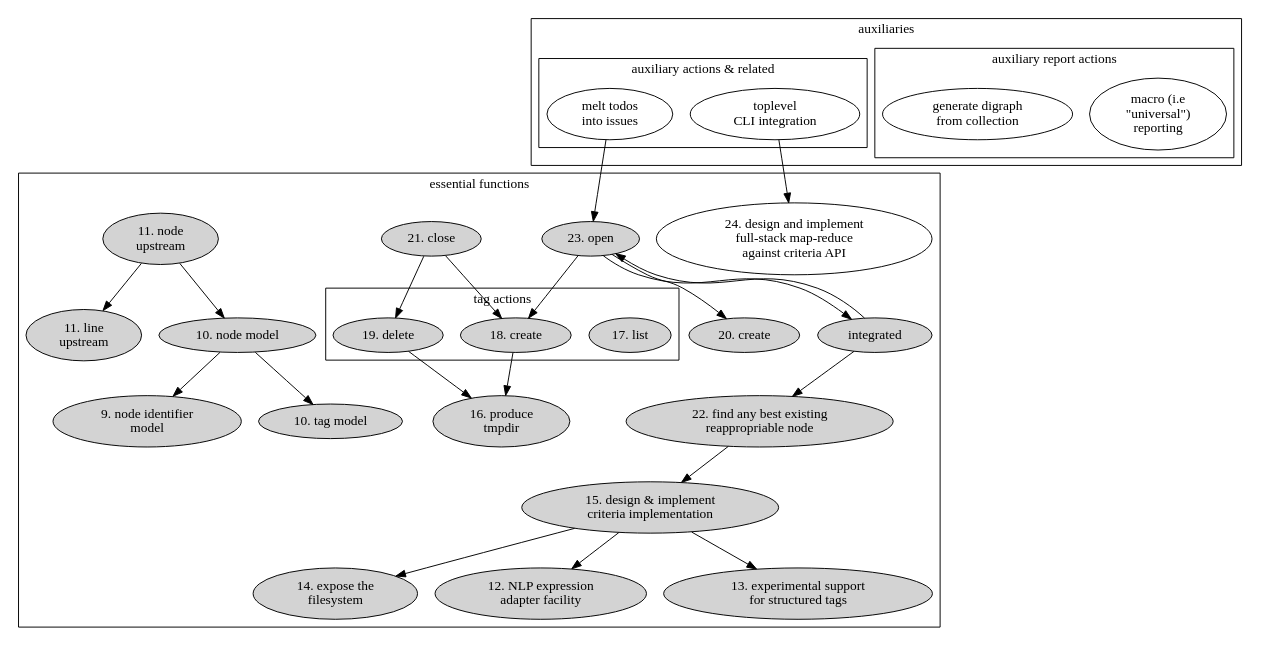
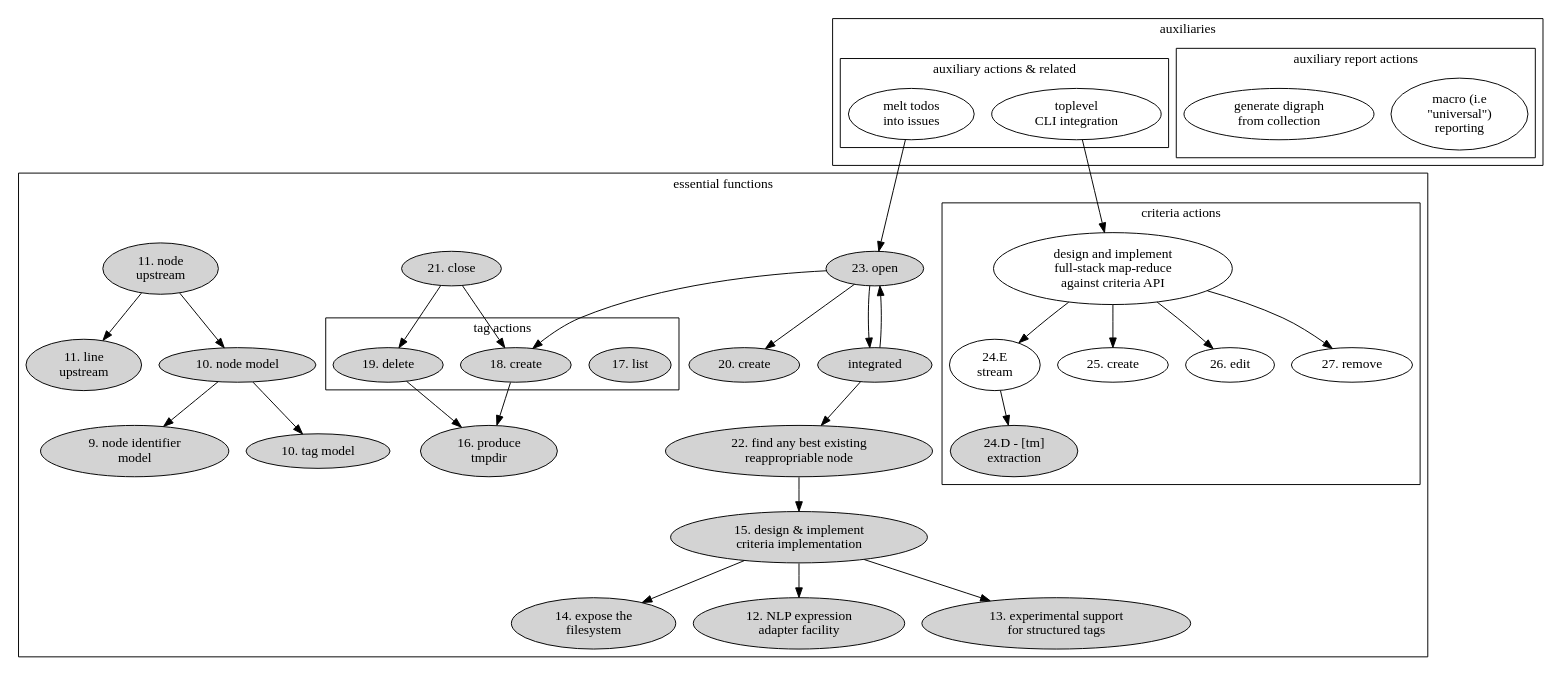
One commit to hipe/tmx changed the diagram in lib/skylab/snag/doc/issues/038/component-digraph.dot. Above: the diagram before and after it, drawn with Graphviz. The commit also changed 9 other files, not shown here.

```diff
--- a/lib/skylab/snag/doc/issues/038/component-digraph.dot
+++ b/lib/skylab/snag/doc/issues/038/component-digraph.dot
@@ -1,80 +1,100 @@
 digraph {
 
 subgraph cluster_main {
 
   label="essential functions"
 
   subgraph cluster_tag_actions {
     label="tag actions"
     tl [label="17. list" style=filled]
     ta [label="18. create" style=filled]
     tr [label="19. delete" style=filled]
   }
 
-  mr [label="24. design and implement\nfull-stack map-reduce\nagainst criteria API"]
+  mr [label="design and implement\nfull-stack map-reduce\nagainst criteria API"]
+
+  subgraph cluster_criteria_actions {
+
+    label="criteria actions"
+
+    mr_abs [label="24.D - [tm]\nextraction" style=filled]
+
+    mr_s [label="24.E\nstream"]
+    mr_s->mr_abs
+    mr->mr_s
+
+    mr_c [label="25. create"]
+    mr->mr_c
+
+    mr_e [label="26. edit"]
+    mr->mr_e
+
+    mr_r [label="27. remove"]
+    mr->mr_r
+  }
 
   aa [label="23. open" style=filled]
   ca [label="21. close" style=filled]
   de [label="15. design & implement\ncriteria implementation" style=filled]
   FS [label="14. expose the\nfilesystem" style=filled]
   line_upstream [label="11. line\nupstream" style=filled]
   NLP_experiment [label="12. NLP expression\nadapter facility" style=filled]
   node_identifier_model [label="9. node identifier\nmodel" style=filled]
   node_model [label="10. node model" style=filled]
   node_upstream [label="11. node\nupstream" style=filled]
   oaa [label="20. create" style=filled]
   rea [label="integrated" style=filled]
   rea_actor [label="22. find any best existing\nreappropriable node", style=filled]
   stru [label="13. experimental support\nfor structured tags" style=filled]
   tag_model [label="10. tag model" style=filled]
   tmpdir [label="16. produce\ntmpdir" style=filled]
 
   aa->rea
   aa->ta
 
   ca->tr
   ca->ta
 
   rea->aa
   aa->oaa
   rea->rea_actor
 
   rea_actor->de
   de->NLP_experiment
   de->FS
   de->stru
 
   node_upstream -> line_upstream
   node_upstream -> node_model
 
   node_model -> node_identifier_model
   node_model -> tag_model
 
   tr->tmpdir
   ta->tmpdir
 
 }
 subgraph cluster_after {
 
   label="auxiliaries"
 
   subgraph cluster_reports {
 
     label="auxiliary report actions"
     macro_rep [label="macro (i.e\n\"universal\")\nreporting"]
     digrah_ [label="generate digraph\nfrom collection"]
 
   }
 
   subgraph cluster_functions {
 
     label="auxiliary actions & related"
     melt [label="melt todos\ninto issues"]
     top_cli [label="toplevel\nCLI integration"]
     top_cli->mr
 
   }
 }
 
 melt->aa
 }
```
